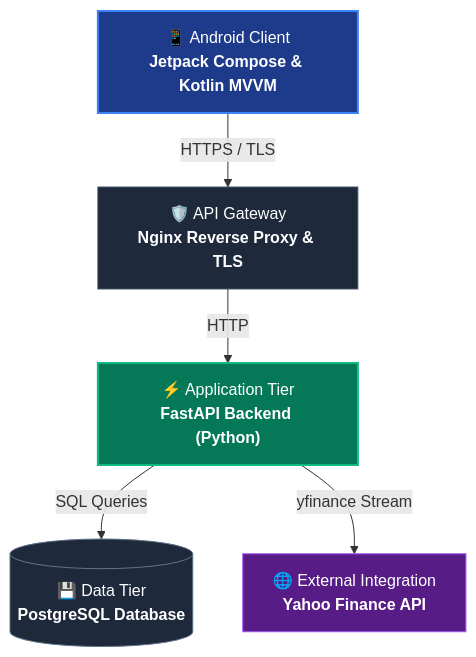
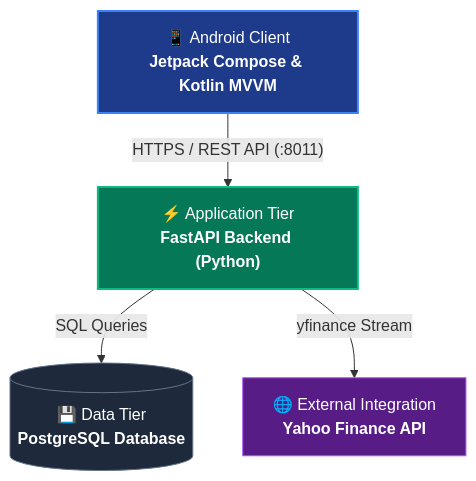
Before and after one commit to sebian-lab/sebian-lab.github.io: the first of 2 diagrams in content/projects/alphatracer-mobile/index.en.md, drawn with Mermaid. The commit also changed other lines of this file and 12 other files, not shown here.

```diff
--- a/content/projects/alphatracer-mobile/index.en.md
+++ b/content/projects/alphatracer-mobile/index.en.md
@@ -70,19 +70,16 @@
 {{< mermaid >}}
 graph TD
     Client["📱 Android Client<br><b>Jetpack Compose & Kotlin MVVM</b>"]
-    Gateway["🛡️ API Gateway<br><b>Nginx Reverse Proxy & TLS</b>"]
     Backend["⚡ Application Tier<br><b>FastAPI Backend (Python)</b>"]
     DB[("💾 Data Tier<br><b>PostgreSQL Database</b>")]
     Finance["🌐 External Integration<br><b>Yahoo Finance API</b>"]
 
-    Client -->|"HTTPS / TLS"| Gateway
-    Gateway -->|"HTTP"| Backend
+    Client -->|"HTTPS / REST API (:8011)"| Backend
     Backend -->|"SQL Queries"| DB
     Backend -->|"yfinance Stream"| Finance
 
     style Client fill:#1e3a8a,stroke:#3b82f6,stroke-width:2px,color:#fff
-    style Gateway fill:#1e293b,stroke:#475569,stroke-width:1px,color:#fff
     style Backend fill:#047857,stroke:#10b981,stroke-width:2px,color:#fff
     style DB fill:#1e293b,stroke:#64748b,stroke-width:1px,color:#fff
     style Finance fill:#581c87,stroke:#a855f7,stroke-width:1px,color:#fff
 {{< /mermaid >}}
```
